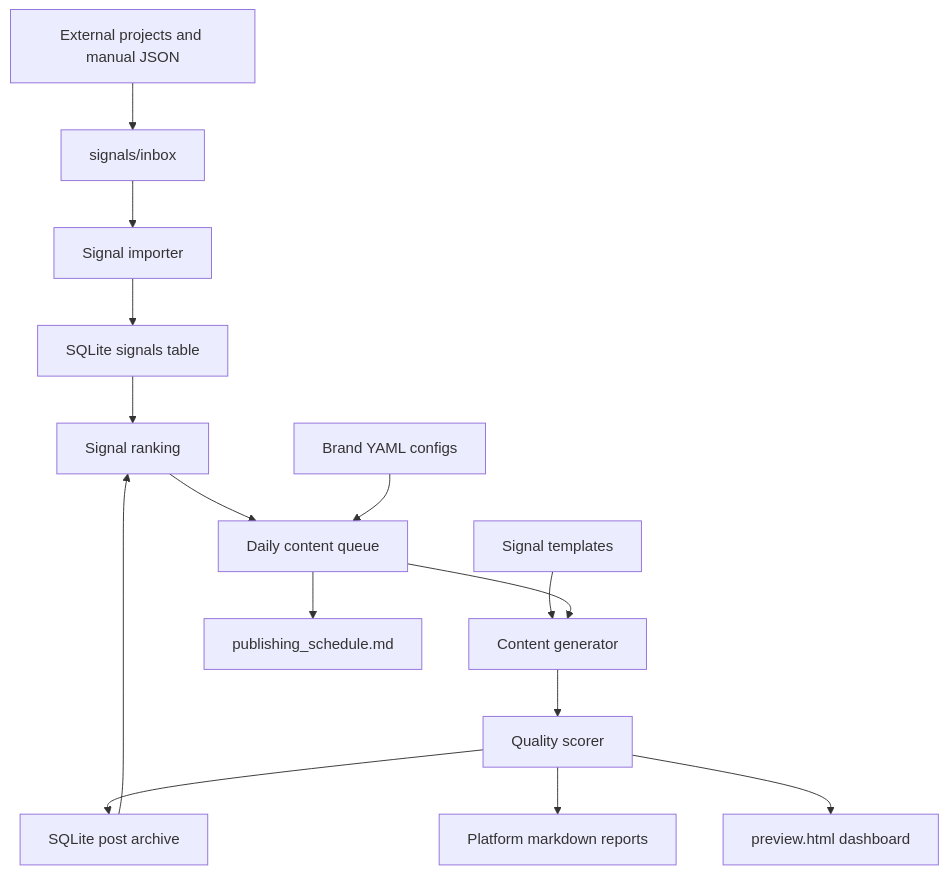
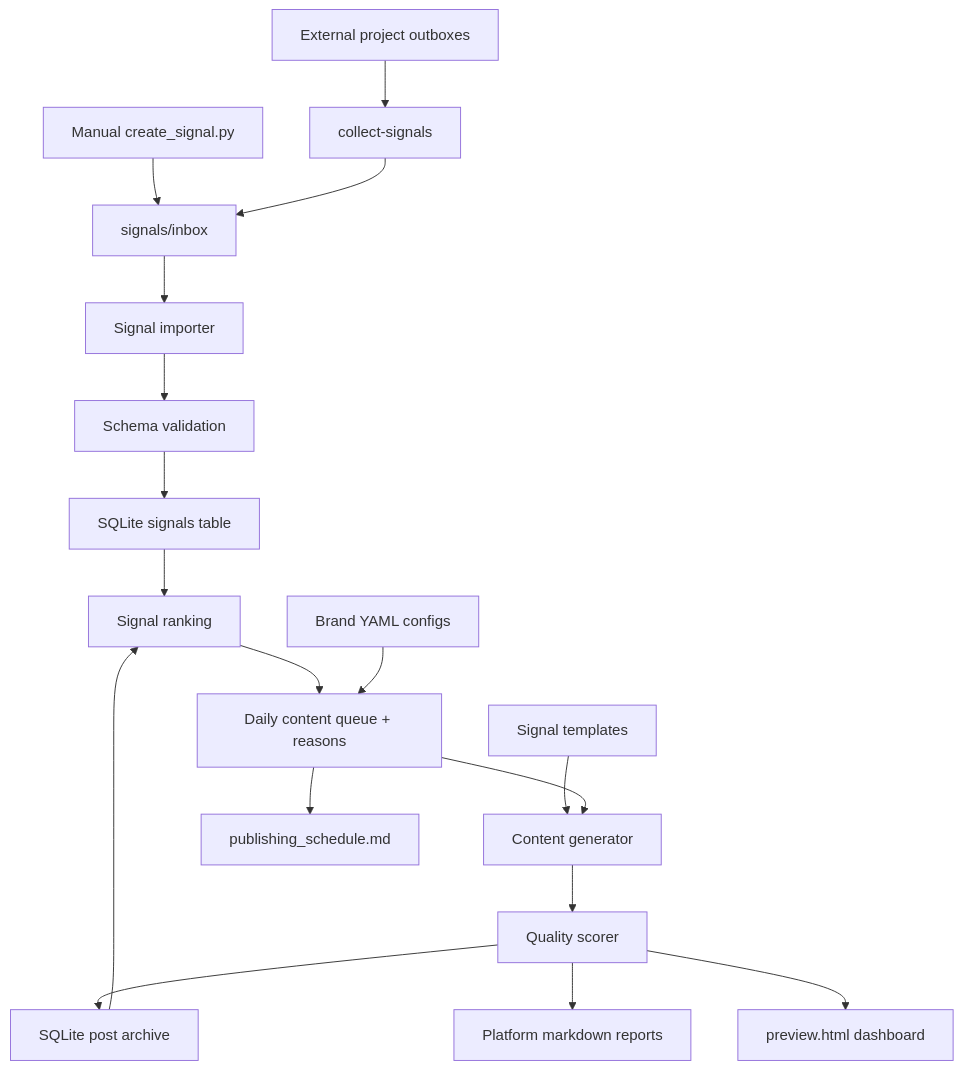
Before and after one commit to jmanock/morning-content-engine: the diagram in README.md, drawn with Mermaid. The commit also changed other lines of this file and 16 other files, not shown here.

````diff
--- a/README.md
+++ b/README.md
@@ -39,17 +43,20 @@
 ```mermaid
 flowchart TD
-    A["External projects and manual JSON"] --> B["signals/inbox"]
-    B --> C["Signal importer"]
-    C --> D["SQLite signals table"]
-    D --> E["Signal ranking"]
-    E --> F["Daily content queue"]
-    G["Brand YAML configs"] --> F
-    H["Signal templates"] --> I["Content generator"]
-    F --> I
-    I --> J["Quality scorer"]
-    J --> K["SQLite post archive"]
-    J --> L["Platform markdown reports"]
-    J --> M["preview.html dashboard"]
-    F --> N["publishing_schedule.md"]
-    K --> E
+    A["External project outboxes"] --> B["collect-signals"]
+    C["Manual create_signal.py"] --> D["signals/inbox"]
+    B --> D
+    D --> E["Signal importer"]
+    E --> F["Schema validation"]
+    F --> G["SQLite signals table"]
+    G --> H["Signal ranking"]
+    H --> I["Daily content queue + reasons"]
+    J["Brand YAML configs"] --> I
+    K["Signal templates"] --> L["Content generator"]
+    I --> L
+    L --> M["Quality scorer"]
+    M --> N["SQLite post archive"]
+    M --> O["Platform markdown reports"]
+    M --> P["preview.html dashboard"]
+    I --> Q["publishing_schedule.md"]
+    N --> H
 ```
````
